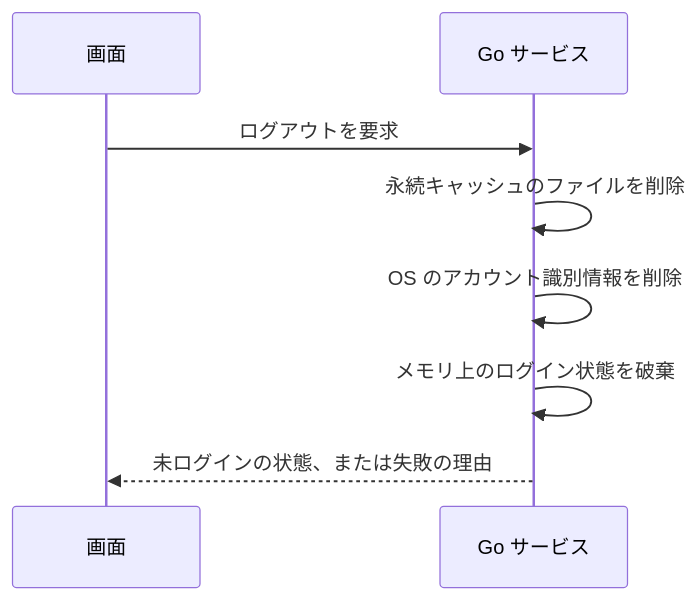
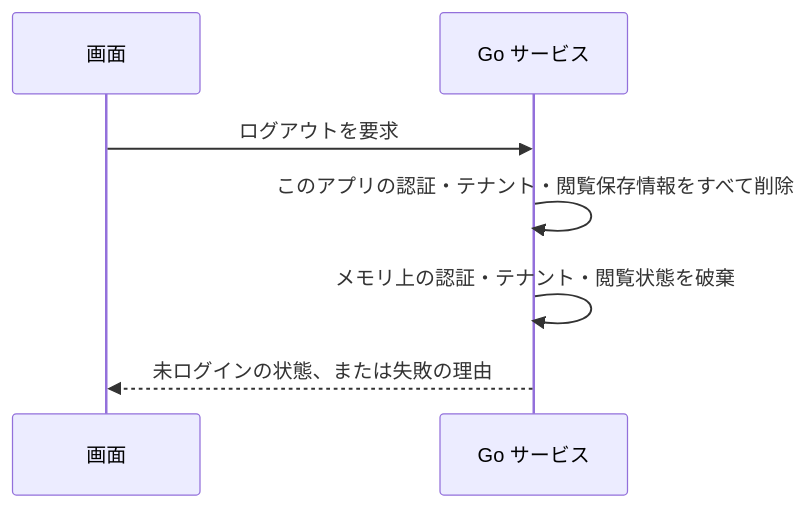
The second of 3 diagrams in docs/design/UCP-1.md (nuitsjp/azfoundry-deck), drawn with Mermaid before and after one commit. The commit also changed other lines of this file and 22 other files, not shown here.

````diff
--- a/docs/design/UCP-1.md
+++ b/docs/design/UCP-1.md
@@ -45,10 +46,9 @@
 ```mermaid
 sequenceDiagram
   participant U as 画面
   participant S as Go サービス
   U->>S: ログアウトを要求
-  S->>S: 永続キャッシュのファイルを削除
-  S->>S: OS のアカウント識別情報を削除
-  S->>S: メモリ上のログイン状態を破棄
+  S->>S: このアプリの認証・テナント・閲覧保存情報をすべて削除
+  S->>S: メモリ上の認証・テナント・閲覧状態を破棄
   S-->>U: 未ログインの状態、または失敗の理由
 ```
````
